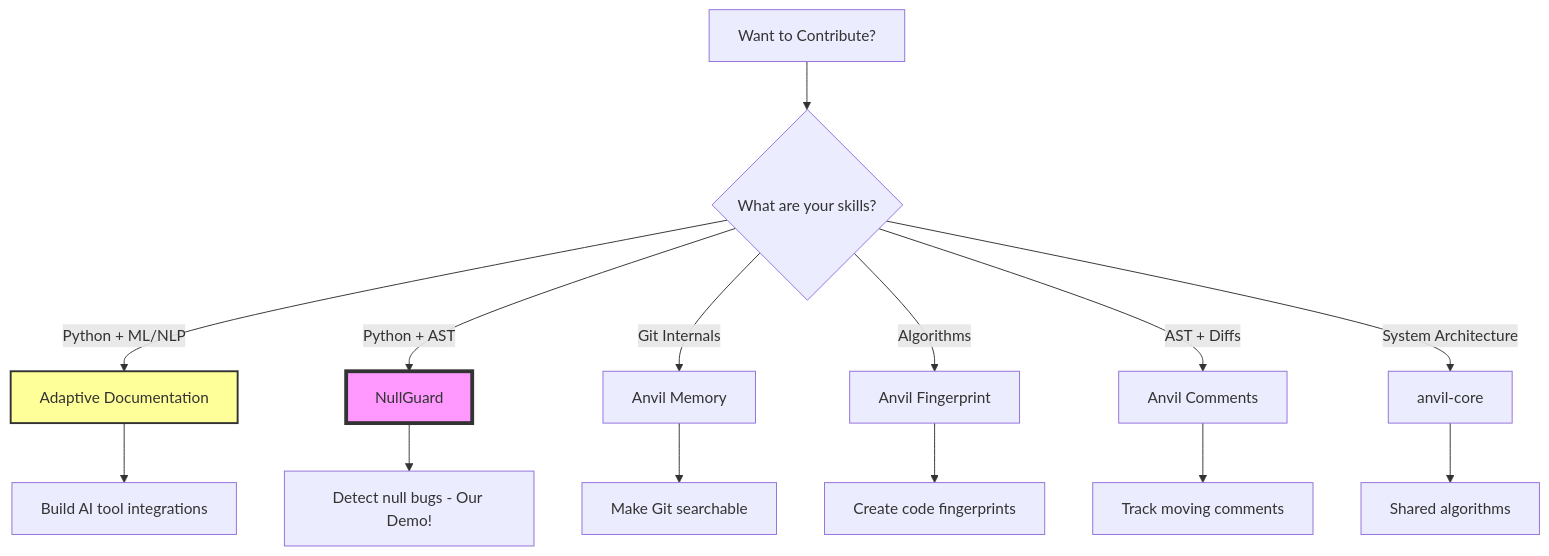
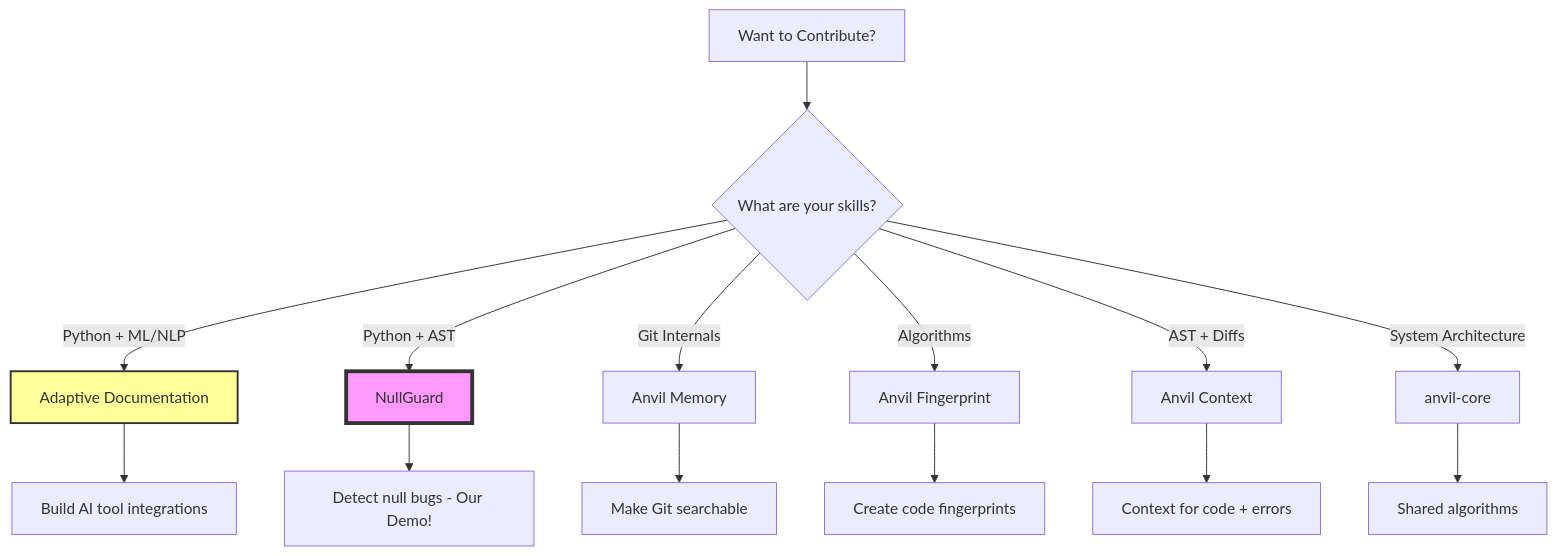
One commit to devknowledge-ai/code-periodic-table changed the diagram in CONTRIBUTING.md. Above: the diagram before and after it, drawn with Mermaid. The commit also changed other lines of this file and 10 other files, not shown here.

Commit message:
feat: Revamp Anvil Context to enhance documentation and integration across the Anvil Suite

````diff
--- a/CONTRIBUTING.md
+++ b/CONTRIBUTING.md
@@ -23,21 +23,21 @@
 ```mermaid
 graph TD
     Start[Want to Contribute?] --> Skills{What are your skills?}
     
     Skills -->|Python + ML/NLP| AD[Adaptive Documentation]
     Skills -->|Python + AST| NG[NullGuard]
     Skills -->|Git Internals| GM[Anvil Memory]
     Skills -->|Algorithms| AF[Anvil Fingerprint]
-    Skills -->|AST + Diffs| AC[Anvil Comments]
+    Skills -->|AST + Diffs| AC[Anvil Context]
     Skills -->|System Architecture| Core[anvil-core]
     
     AD --> AD1[Build AI tool integrations]
     NG --> NG1[Detect null bugs - Our Demo!]
     GM --> GM1[Make Git searchable]
     AF --> AF1[Create code fingerprints]
-    AC --> AC1[Track moving comments]
+    AC --> AC1[Context for code + errors]
     Core --> Core1[Shared algorithms]
     
     style NG fill:#f9f,stroke:#333,stroke-width:4px
     style AD fill:#ff9,stroke:#333,stroke-width:2px
 ```
````
